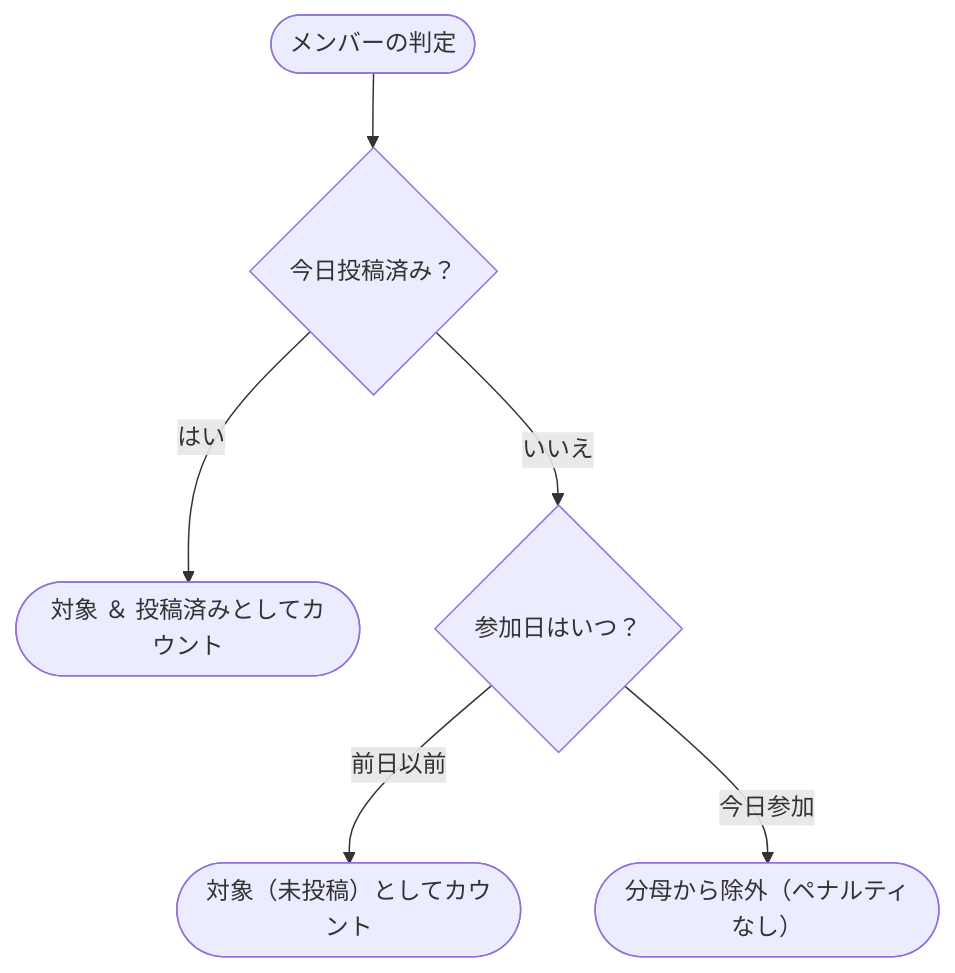
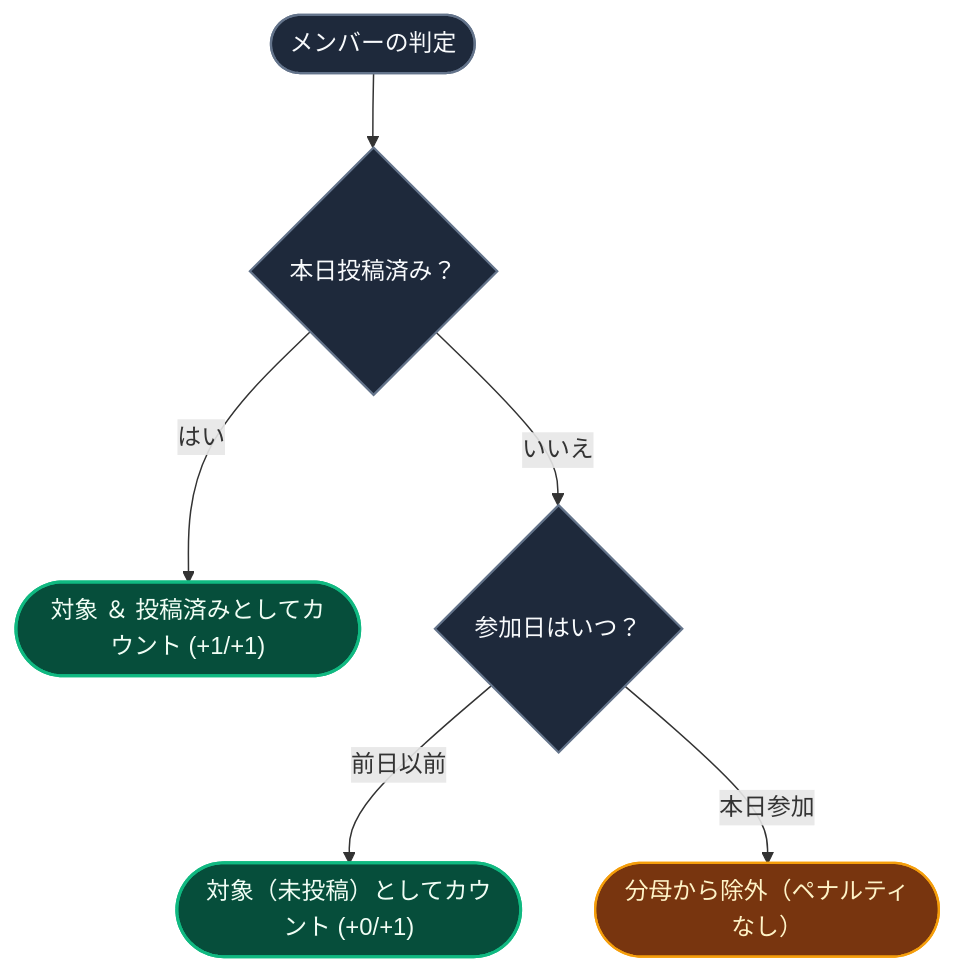
The second of 2 diagrams in docs/ja/unity-participation.md (ScriptureHabit/scripture-habit), drawn with Mermaid before and after one commit. The commit also changed other lines of this file and 57 other files, not shown here.

Commit message:
docs: refine documentation prose and add structured diagram breakdowns across JA and EN

````diff
--- a/docs/ja/unity-participation.md
+++ b/docs/ja/unity-participation.md
@@ -42,8 +49,12 @@
 ```mermaid
 flowchart TD
-    Start(["メンバーの判定"]) --> IsPoster{"今日投稿済み？"}
-    IsPoster -- "はい" --> Counted(["対象 ＆ 投稿済みとしてカウント"])
-    IsPoster -- "いいえ" --> JoinedDate{"参加日はいつ？"}
-    JoinedDate -- "前日以前" --> CountedEligible(["対象（未投稿）としてカウント"])
-    JoinedDate -- "今日参加" --> Excluded(["分母から除外（ペナルティなし）"])
+    classDef step fill:#1e293b,stroke:#64748b,stroke-width:1.5px,color:#f8fafc;
+    classDef counted fill:#064e3b,stroke:#10b981,stroke-width:2px,color:#f0fdf4;
+    classDef excluded fill:#78350f,stroke:#f59e0b,stroke-width:1.5px,color:#fef3c7;
+
+    Start(["メンバーの判定"]):::step --> IsPoster{"本日投稿済み？"}:::step
+    IsPoster -- "はい" --> Counted(["対象 ＆ 投稿済みとしてカウント (+1/+1)"]):::counted
+    IsPoster -- "いいえ" --> JoinedDate{"参加日はいつ？"}:::step
+    JoinedDate -- "前日以前" --> CountedEligible(["対象（未投稿）としてカウント (+0/+1)"]):::counted
+    JoinedDate -- "本日参加" --> Excluded(["分母から除外（ペナルティなし）"]):::excluded
 ```
````
